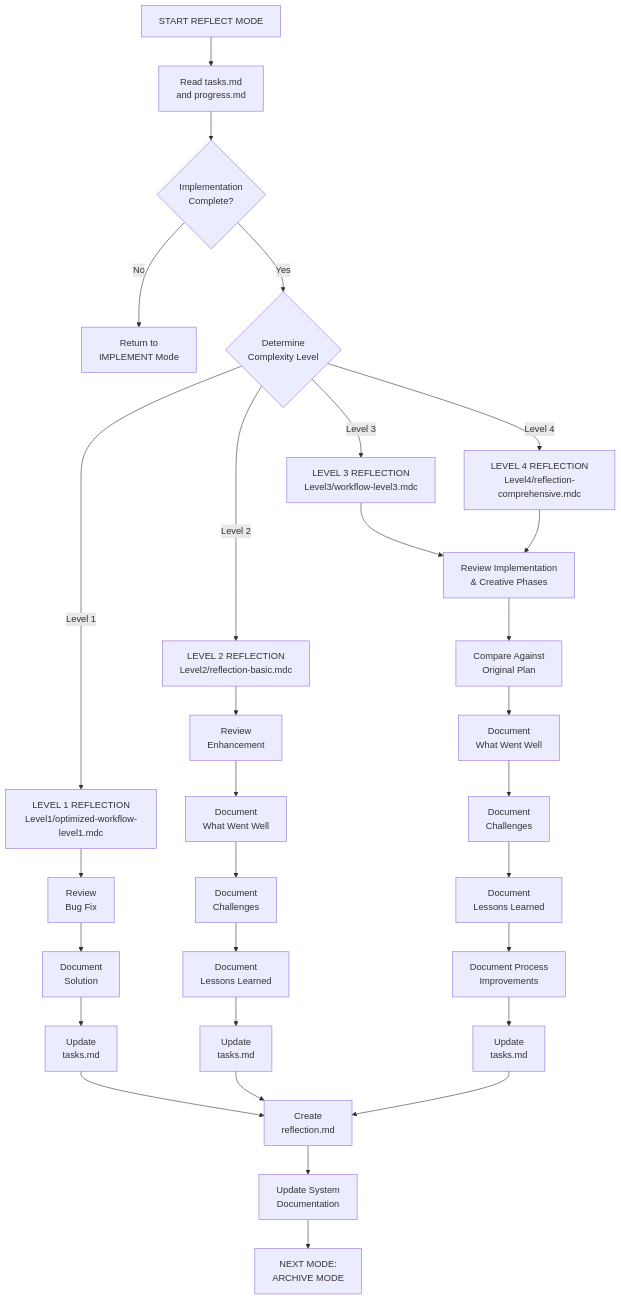
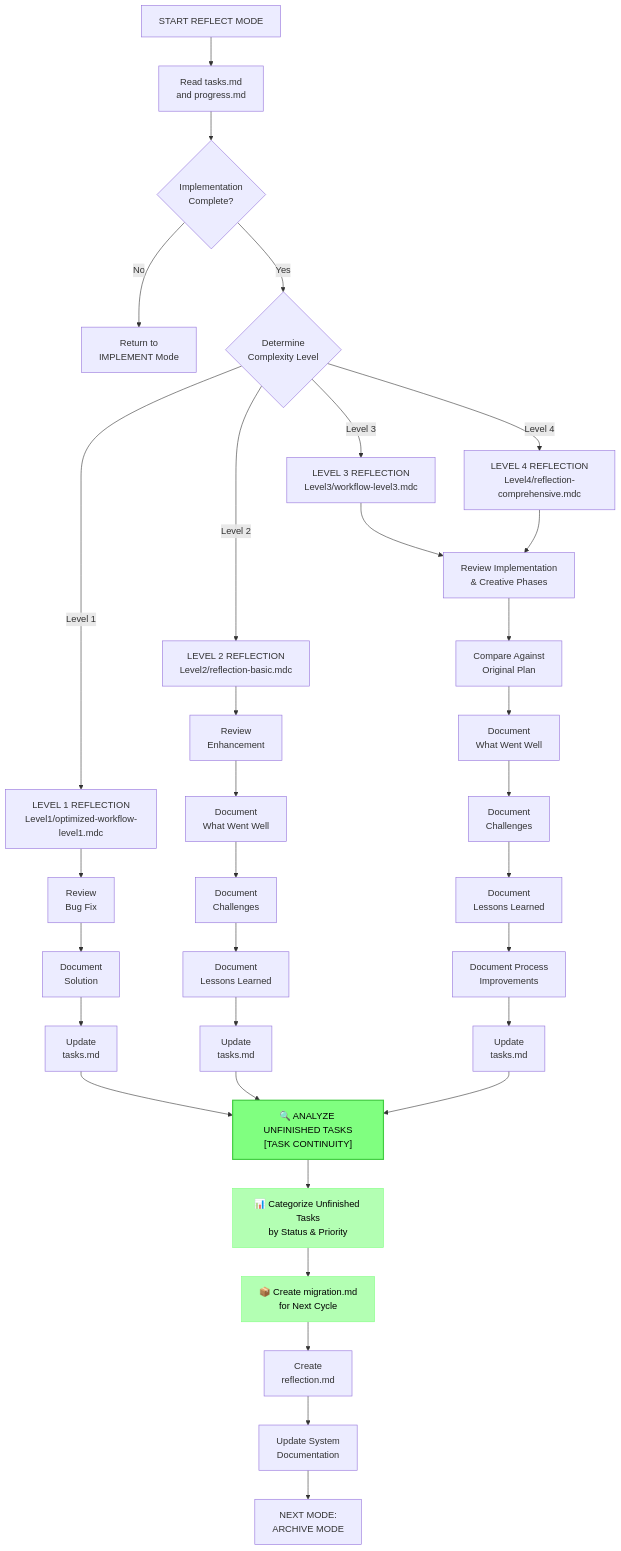
Before and after one commit to vanzan01/cursor-memory-bank: the first of 5 diagrams in .cursor/rules/isolation_rules/visual-maps/reflect-mode-map.mdc, drawn with Mermaid. The commit also changed 5 other files, not shown here.

````diff
--- a/.cursor/rules/isolation_rules/visual-maps/reflect-mode-map.mdc
+++ b/.cursor/rules/isolation_rules/visual-maps/reflect-mode-map.mdc
@@ -13,41 +13,49 @@
 ```mermaid
 graph TD
     Start["START REFLECT MODE"] --> ReadTasks["Read tasks.md<br>and progress.md"]
 
     %% Initial Assessment
     ReadTasks --> VerifyImplement{"Implementation<br>Complete?"}
     VerifyImplement -->|"No"| ReturnImplement["Return to<br>IMPLEMENT Mode"]
     VerifyImplement -->|"Yes"| AssessLevel{"Determine<br>Complexity Level"}
 
     %% Level-Based Reflection
     AssessLevel -->|"Level 1"| L1Reflect["LEVEL 1 REFLECTION<br>Level1/optimized-workflow-level1.mdc"]
     AssessLevel -->|"Level 2"| L2Reflect["LEVEL 2 REFLECTION<br>Level2/reflection-basic.mdc"]
     AssessLevel -->|"Level 3"| L3Reflect["LEVEL 3 REFLECTION<br>Level3/workflow-level3.mdc"]
     AssessLevel -->|"Level 4"| L4Reflect["LEVEL 4 REFLECTION<br>Level4/reflection-comprehensive.mdc"]
 
     %% Level 1 Reflection (Quick)
     L1Reflect --> L1Review["Review<br>Bug Fix"]
     L1Review --> L1Document["Document<br>Solution"]
     L1Document --> L1Update["Update<br>tasks.md"]
 
     %% Level 2 Reflection (Standard)
     L2Reflect --> L2Review["Review<br>Enhancement"]
     L2Review --> L2WWW["Document<br>What Went Well"]
     L2WWW --> L2Challenges["Document<br>Challenges"]
     L2Challenges --> L2Lessons["Document<br>Lessons Learned"]
     L2Lessons --> L2Update["Update<br>tasks.md"]
 
     %% Level 3-4 Reflection (Comprehensive)
     L3Reflect & L4Reflect --> L34Review["Review Implementation<br>& Creative Phases"]
     L34Review --> L34Plan["Compare Against<br>Original Plan"]
     L34Plan --> L34WWW["Document<br>What Went Well"]
     L34WWW --> L34Challenges["Document<br>Challenges"]
     L34Challenges --> L34Lessons["Document<br>Lessons Learned"]
     L34Lessons --> L34ImproveProcess["Document Process<br>Improvements"]
     L34ImproveProcess --> L34Update["Update<br>tasks.md"]
 
     %% Completion & Transition
-    L1Update & L2Update & L34Update --> CreateReflection["Create<br>reflection.md"]
+    L1Update & L2Update & L34Update --> AnalyzeUnfinished["🔍 ANALYZE UNFINISHED TASKS<br>[TASK CONTINUITY]"]
+    AnalyzeUnfinished --> CategorizeUnfinished["📊 Categorize Unfinished Tasks<br>by Status & Priority"]
+    CategorizeUnfinished --> CreateMigration["📦 Create migration.md<br>for Next Cycle"]
+    CreateMigration --> CreateReflection["Create<br>reflection.md"]
     CreateReflection --> UpdateSystem["Update System<br>Documentation"]
     UpdateSystem --> Transition["NEXT MODE:<br>ARCHIVE MODE"]
+
+    %% Task Continuity Styling
+    style AnalyzeUnfinished fill:#80ff80,stroke:#40cc40,color:black,stroke-width:2px
+    style CategorizeUnfinished fill:#b3ffb3,stroke:#80ff80,color:black
+    style CreateMigration fill:#b3ffb3,stroke:#80ff80,color:black
 ```
````
